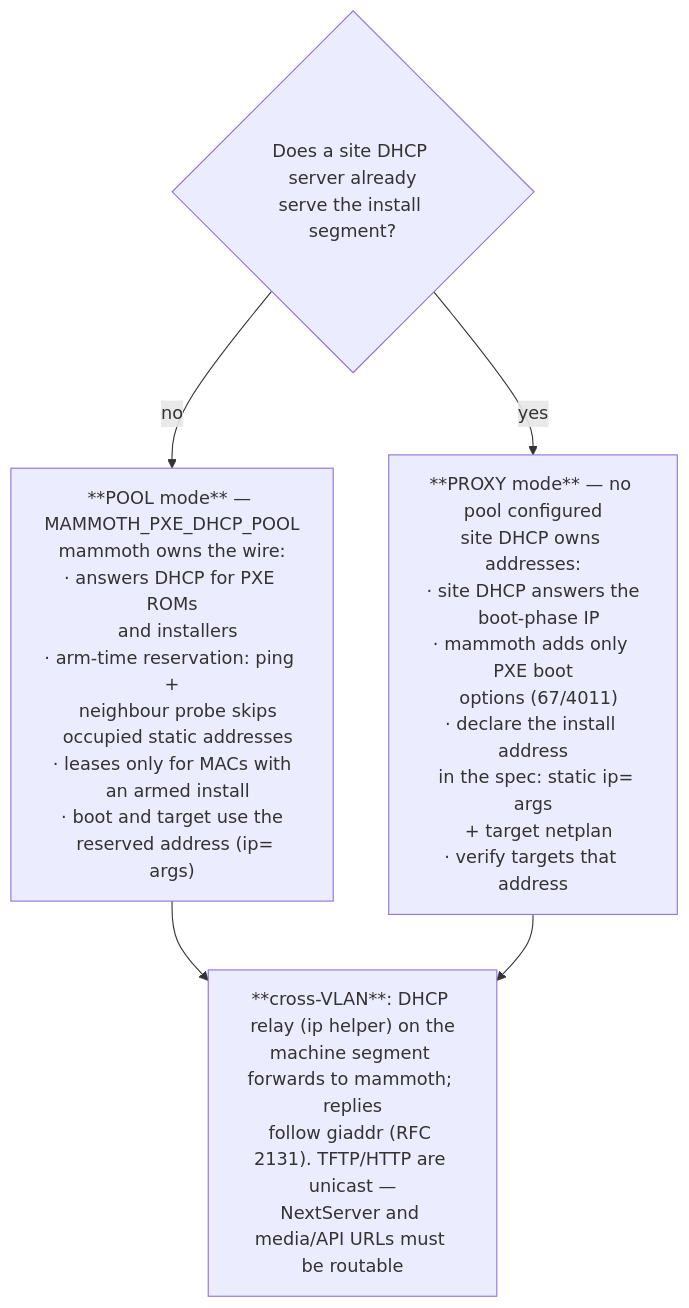
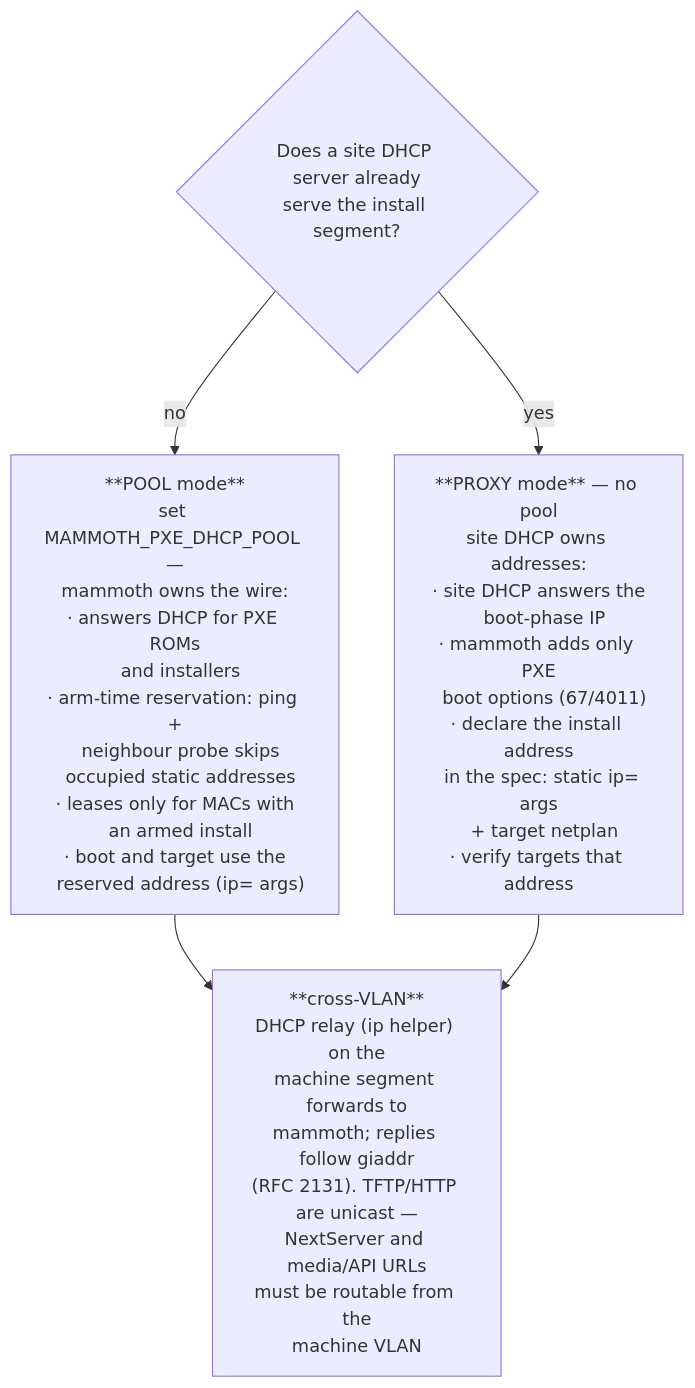
The second of 2 diagrams in README.md (3th1nk/mammoth), drawn with Mermaid before and after one commit.

Commit message:
docs(readme): 英文版 DHCP 决策图同款行宽重排

````diff
--- a/README.md
+++ b/README.md
@@ -73,8 +73,8 @@
 ```mermaid
 flowchart TD
     q{"Does a site DHCP server already<br/>serve the install segment?"}
-    q -- "no" --> pool["**POOL mode** — MAMMOTH_PXE_DHCP_POOL<br/>mammoth owns the wire:<br/>· answers DHCP for PXE ROMs<br/>  and installers<br/>· arm-time reservation: ping +<br/>  neighbour probe skips<br/>  occupied static addresses<br/>· leases only for MACs with<br/>  an armed install<br/>· boot and target use the<br/>  reserved address (ip= args)"]
-    q -- "yes" --> proxy["**PROXY mode** — no pool configured<br/>site DHCP owns addresses:<br/>· site DHCP answers the<br/>  boot-phase IP<br/>· mammoth adds only PXE boot<br/>  options (67/4011)<br/>· declare the install address<br/>  in the spec: static ip= args<br/>  + target netplan<br/>· verify targets that address"]
-    pool --> vlan["**cross-VLAN**: DHCP relay (ip helper) on the<br/>machine segment forwards to mammoth; replies<br/>follow giaddr (RFC 2131). TFTP/HTTP are unicast —<br/>NextServer and media/API URLs must be routable"]
+    q -- "no" --> pool["**POOL mode**<br/>set MAMMOTH_PXE_DHCP_POOL —<br/>mammoth owns the wire:<br/>· answers DHCP for PXE ROMs<br/>  and installers<br/>· arm-time reservation: ping +<br/>  neighbour probe skips<br/>  occupied static addresses<br/>· leases only for MACs with<br/>  an armed install<br/>· boot and target use the<br/>  reserved address (ip= args)"]
+    q -- "yes" --> proxy["**PROXY mode** — no pool<br/>site DHCP owns addresses:<br/>· site DHCP answers the<br/>  boot-phase IP<br/>· mammoth adds only PXE<br/>  boot options (67/4011)<br/>· declare the install address<br/>  in the spec: static ip= args<br/>  + target netplan<br/>· verify targets that address"]
+    pool --> vlan["**cross-VLAN**<br/>DHCP relay (ip helper) on the<br/>machine segment forwards to<br/>mammoth; replies follow giaddr<br/>(RFC 2131). TFTP/HTTP are unicast —<br/>NextServer and media/API URLs<br/>must be routable from the<br/>machine VLAN"]
     proxy --> vlan
 ```
````
